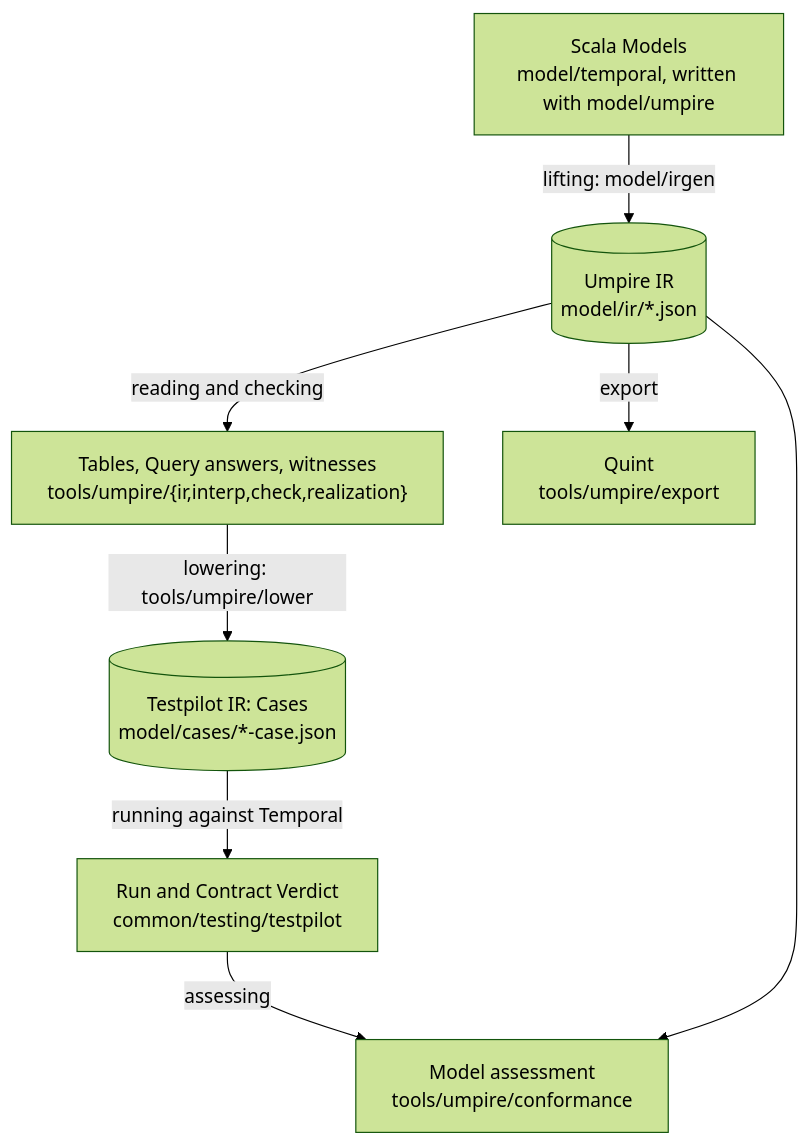
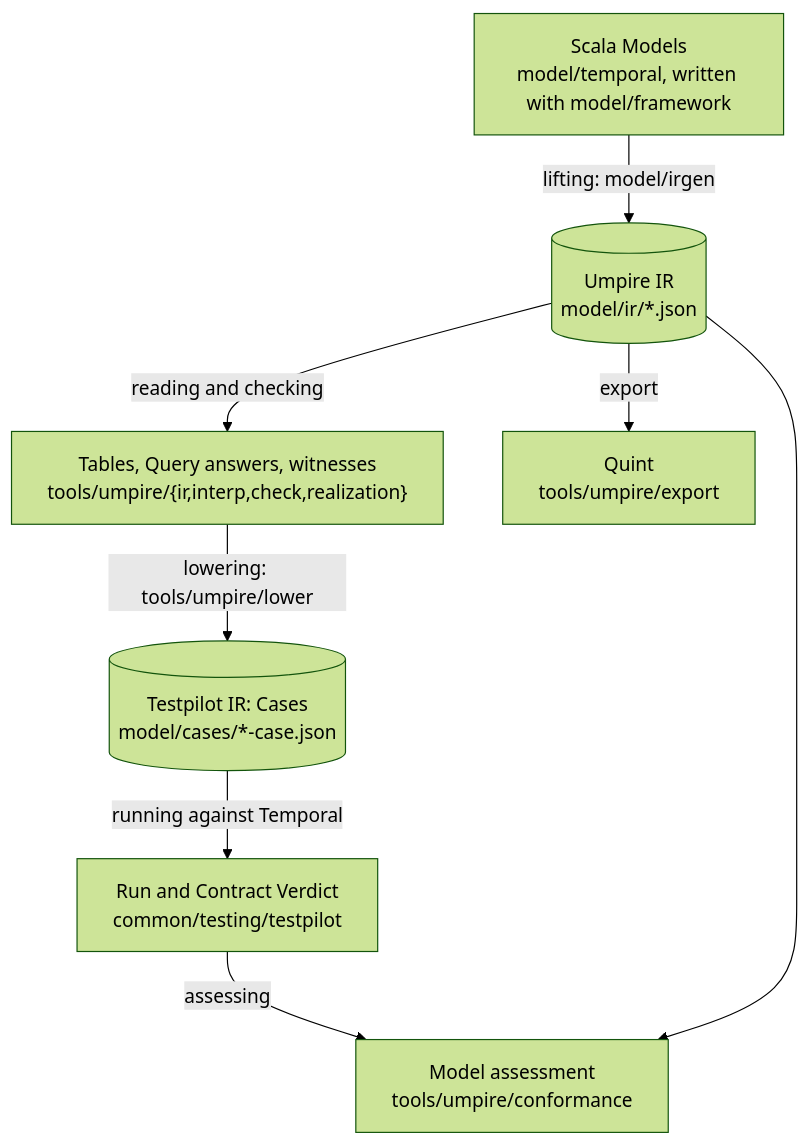
One commit to stephanos/temporal changed the diagram in model/README.md. Above: the diagram before and after it, drawn with Mermaid (forest theme). The commit also changed other lines of this file and 291 other files, not shown here.

First line of the commit message:
refactor(model): rename framework package

````diff
--- a/model/README.md
+++ b/model/README.md
@@ -96,18 +96,18 @@
 ```mermaid
 flowchart TD
-    scala["Scala Models<br/>model/temporal, written with model/umpire"]
+    scala["Scala Models<br/>model/temporal, written with model/framework"]
     uir[("Umpire IR<br/>model/ir/*.json")]
     reader["Tables, Query answers, witnesses<br/>tools/umpire/{ir,interp,check,realization}"]
     tir[("Testpilot IR: Cases<br/>model/cases/*-case.json")]
     run["Run and Contract Verdict<br/>common/testing/testpilot"]
     assessment["Model assessment<br/>tools/umpire/conformance"]
     other["Quint<br/>tools/umpire/export"]
 
     scala -->|"lifting: model/irgen"| uir
     uir -->|"reading and checking"| reader
     reader -->|"lowering: tools/umpire/lower"| tir
     tir -->|"running against Temporal"| run
     run -->|"assessing"| assessment
     uir --> assessment
     uir -->|"export"| other
 ```
````
